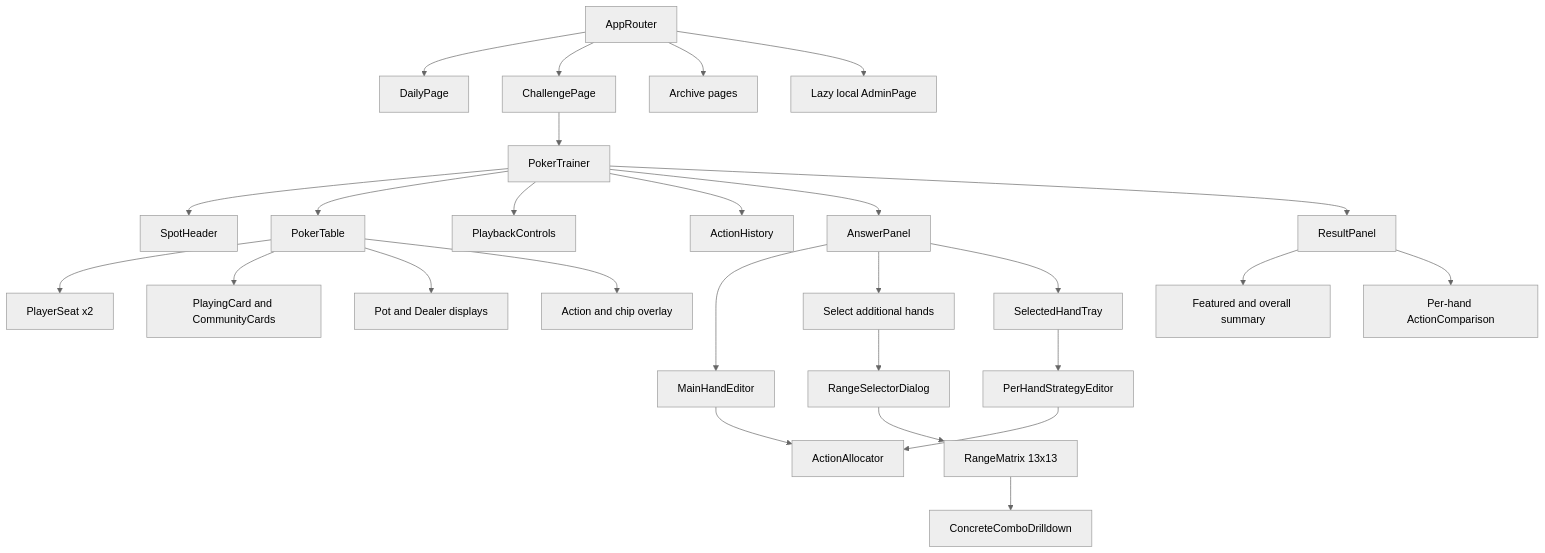
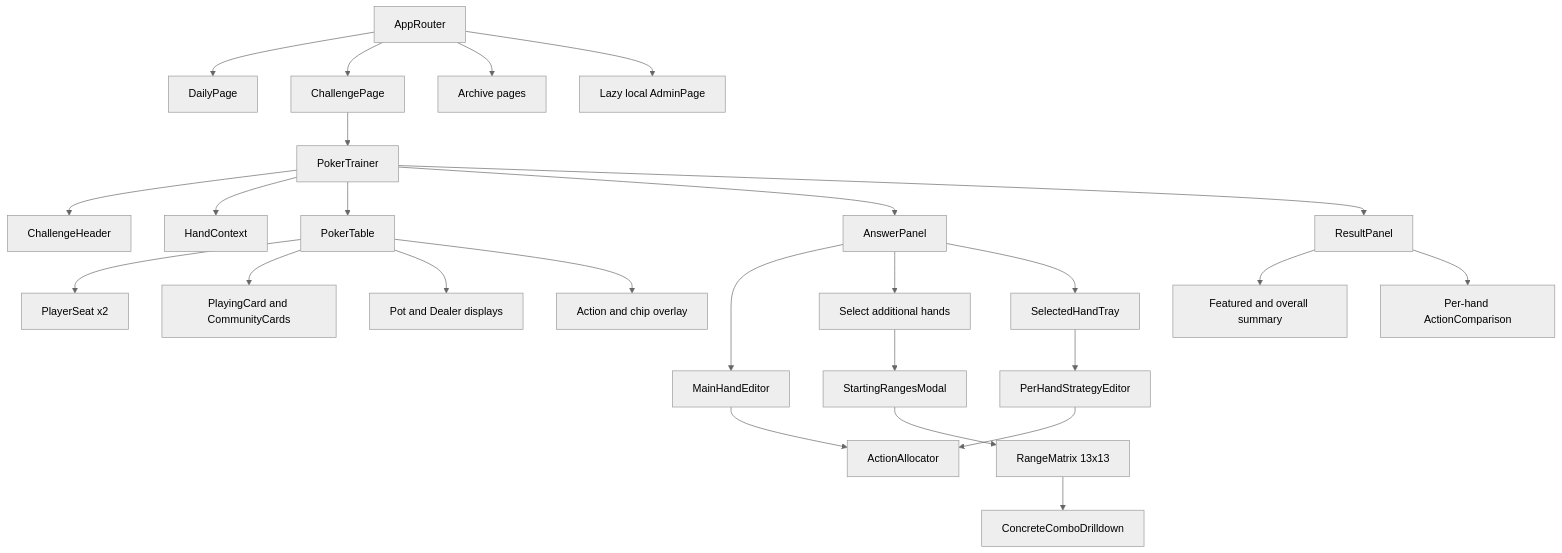
Before and after one commit to AnvithPabba/GTO-Poker-Daily-Spots-Front-End: the second of 4 diagrams in frontend-structure.md, drawn with Mermaid (neutral theme). The commit also changed other lines of this file and 18 other files, not shown here.

Commit message:
feat(frontend): clarify challenge context and poker-room layout

````diff
--- a/frontend-structure.md
+++ b/frontend-structure.md
@@ -235,29 +235,28 @@
 ```mermaid
 flowchart TD
     Router[AppRouter] --> Daily[DailyPage]
     Router --> Challenge[ChallengePage]
     Router --> Archive[Archive pages]
     Router --> Admin[Lazy local AdminPage]
     Challenge --> Trainer[PokerTrainer]
-    Trainer --> Header[SpotHeader]
+    Trainer --> Header[ChallengeHeader]
+    Trainer --> Context[HandContext]
     Trainer --> Table[PokerTable]
-    Trainer --> Playback[PlaybackControls]
-    Trainer --> History[ActionHistory]
     Trainer --> Answer[AnswerPanel]
     Trainer --> Results[ResultPanel]
     Table --> Seats[PlayerSeat x2]
     Table --> Cards[PlayingCard and CommunityCards]
     Table --> Pot[Pot and Dealer displays]
     Table --> Overlay[Action and chip overlay]
     Answer --> Main[MainHandEditor]
     Main --> Allocator[ActionAllocator]
     Answer --> RangeButton[Select additional hands]
-    RangeButton --> Dialog[RangeSelectorDialog]
+    RangeButton --> Dialog[StartingRangesModal]
     Dialog --> Matrix[RangeMatrix 13x13]
     Matrix --> Drill[ConcreteComboDrilldown]
     Answer --> Tray[SelectedHandTray]
     Tray --> Editors[PerHandStrategyEditor]
     Editors --> Allocator
     Results --> Summary[Featured and overall summary]
     Results --> Comparison[Per-hand ActionComparison]
 ```
````
